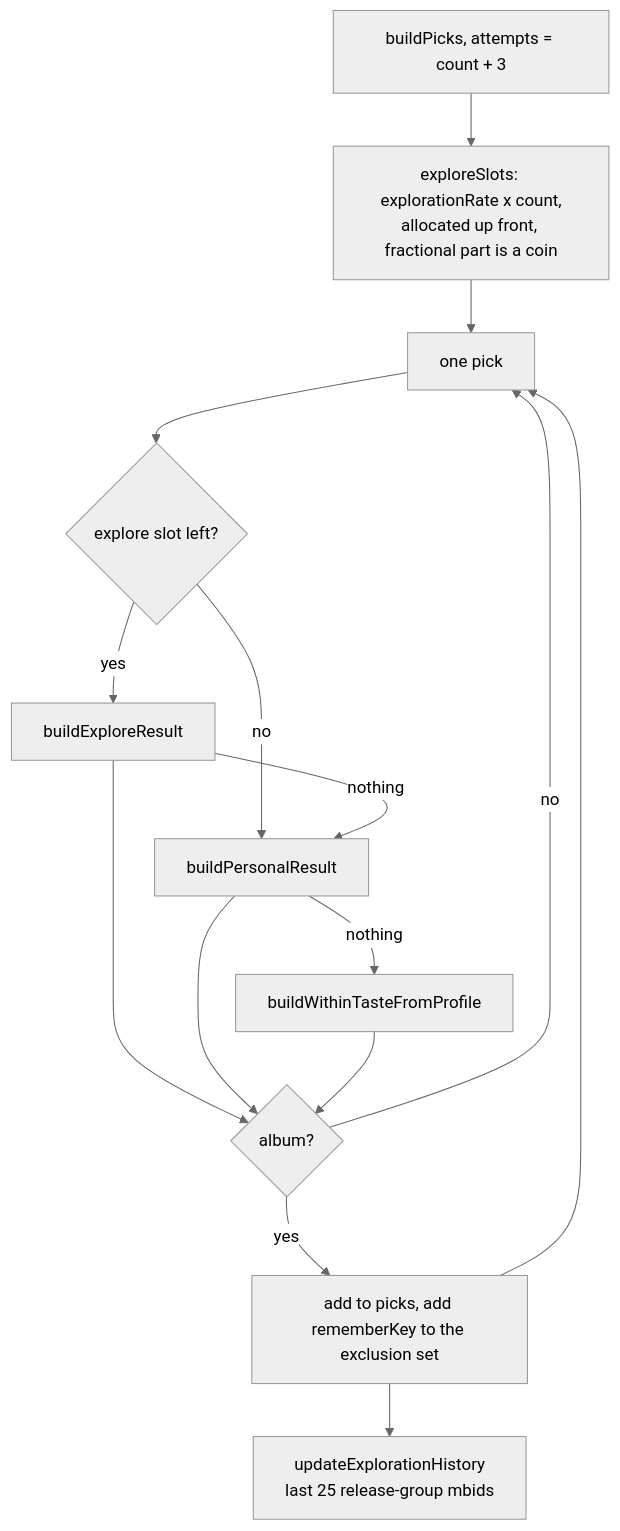
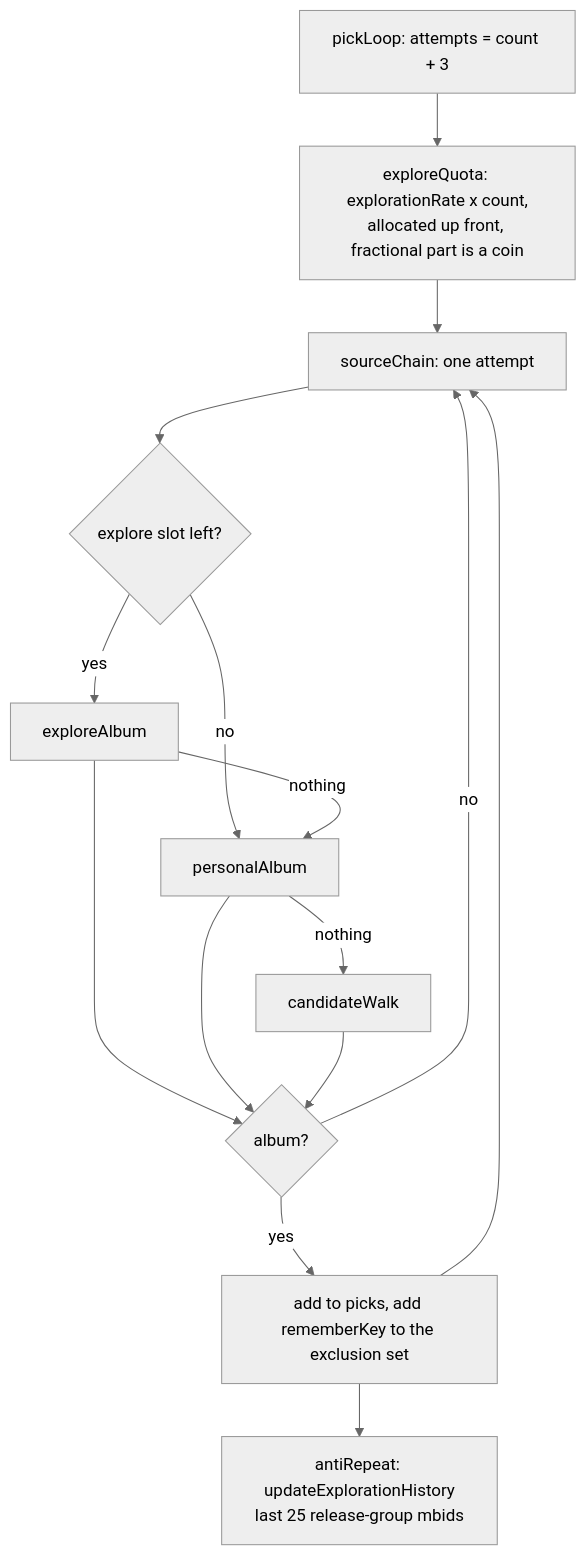
The second of 4 diagrams in docs/flows/promoted-album.md (BlieNuckel/music-requester), drawn with Mermaid (neutral theme) before and after one commit. The commit also changed other lines of this file and 13 other files, not shown here.

First line of the commit message:
feat(recs): run the carousel pick loop through the graph (#353)

````diff
--- a/docs/flows/promoted-album.md
+++ b/docs/flows/promoted-album.md
@@ -42,23 +48,23 @@
 ```mermaid
 flowchart TB
-  start["buildPicks, attempts = count + 3"]
-  slots["exploreSlots: explorationRate x count,<br/>allocated up front, fractional part is a coin"]
-  pick["one pick"]
+  start["pickLoop: attempts = count + 3"]
+  slots["exploreQuota: explorationRate x count,<br/>allocated up front, fractional part is a coin"]
+  pick["sourceChain: one attempt"]
   ex{"explore slot left?"}
-  bex["buildExploreResult"]
-  bpe["buildPersonalResult"]
-  bwt["buildWithinTasteFromProfile"]
+  bex["exploreAlbum"]
+  bpe["personalAlbum"]
+  bwt["candidateWalk"]
   got{"album?"}
   add["add to picks, add rememberKey to the exclusion set"]
-  done["updateExplorationHistory<br/>last 25 release-group mbids"]
+  done["antiRepeat: updateExplorationHistory<br/>last 25 release-group mbids"]
 
   start --> slots --> pick --> ex
   ex -->|yes| bex --> got
   ex -->|no| bpe
   bex -->|nothing| bpe
   bpe --> got
   bpe -->|nothing| bwt --> got
   got -->|yes| add --> pick
   got -->|no| pick
   add --> done
 ```
````
